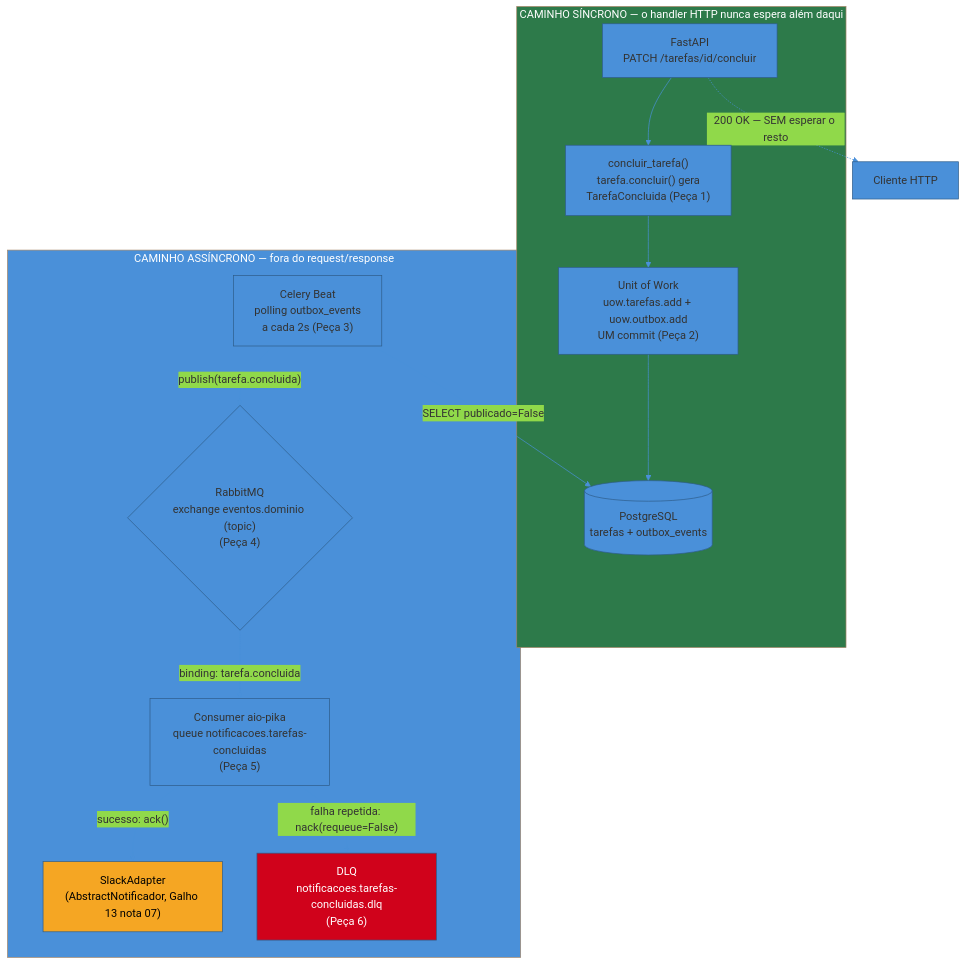
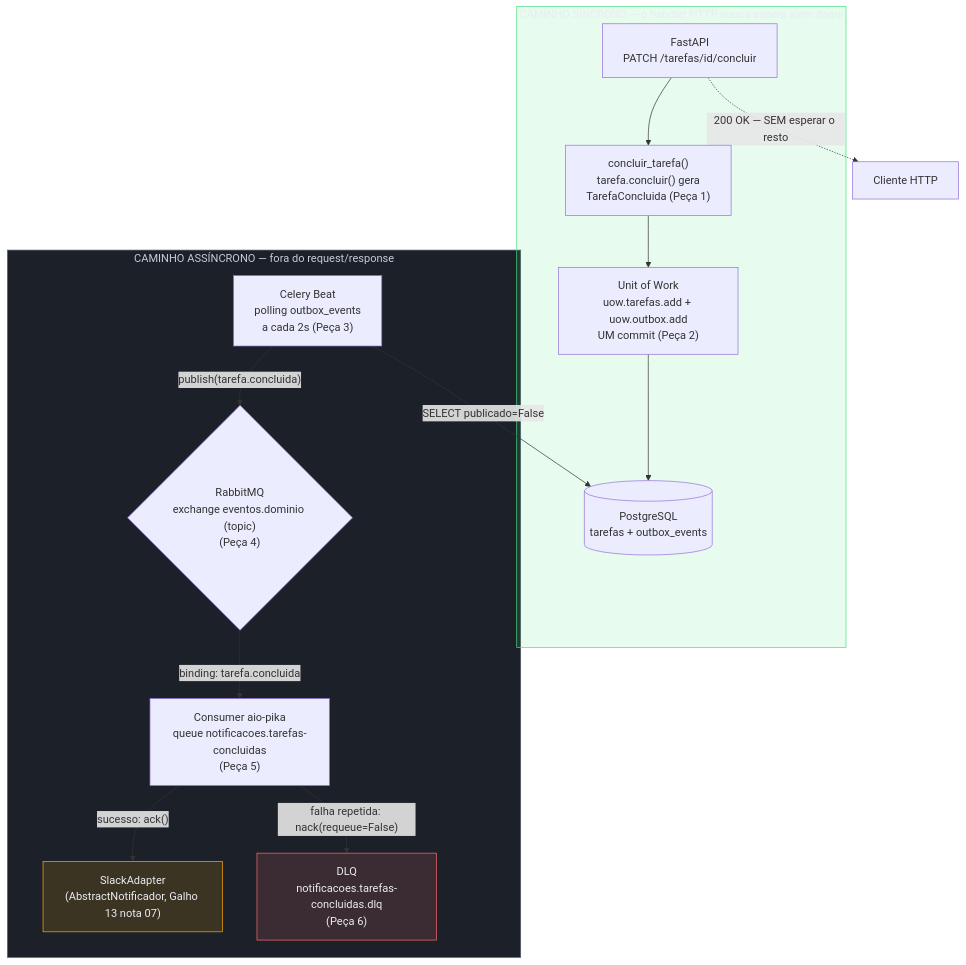
The third of 3 diagrams in 03-Dominios/Tecnologia/Python/Mensageria/08 - Capstone — processamento assíncrono na API de Tarefas.md (josenaldo/codex-technomanticus), drawn with Mermaid before and after one commit. The commit also changed other lines of this file and 1181 other files, not shown here.

First line of the commit message:
fix(diagramas): paleta do sistema no lugar de cor cravada no markdown

````diff
--- a/03-Dominios/Tecnologia/Python/Mensageria/08 - Capstone — processamento assíncrono na API de Tarefas.md
+++ b/03-Dominios/Tecnologia/Python/Mensageria/08 - Capstone — processamento assíncrono na API de Tarefas.md
@@ -486,32 +487,35 @@
 ```mermaid
-%%{init: {"theme": "base", "themeVariables": {"primaryColor": "#4A90D9", "primaryBorderColor": "#2E5C8A", "lineColor": "#4A90D9"}}}%%
 flowchart TB
+    classDef ok fill:#4ADE8021,stroke:#4ADE80,color:#E9ECF2
+    classDef neutro fill:#1B2029,stroke:#4E5666,color:#C6CCD8
+    classDef falha fill:#FF6B6B24,stroke:#FF6B6B,color:#E9ECF2
+    classDef destaque fill:#FFAA0024,stroke:#FFAA00,color:#E9ECF2
     subgraph Sincrono["CAMINHO SÍNCRONO — o handler HTTP nunca espera além daqui"]
         HTTP["FastAPI\nPATCH /tarefas/id/concluir"]
         SVC["concluir_tarefa()\ntarefa.concluir() gera\nTarefaConcluida (Peça 1)"]
         UOW["Unit of Work\nuow.tarefas.add + uow.outbox.add\nUM commit (Peça 2)"]
         DB[("PostgreSQL\ntarefas + outbox_events")]
     end
 
     subgraph Assincrono["CAMINHO ASSÍNCRONO — fora do request/response"]
         BEAT["Celery Beat\npolling outbox_events\na cada 2s (Peça 3)"]
         MQ{"RabbitMQ\nexchange eventos.dominio (topic)\n(Peça 4)"}
         CONSUMER["Consumer aio-pika\nqueue notificacoes.tarefas-concluidas\n(Peça 5)"]
         SLACK_ADAPTER["SlackAdapter\n(AbstractNotificador, Galho 13 nota 07)"]
         DLQ["DLQ\nnotificacoes.tarefas-concluidas.dlq\n(Peça 6)"]
     end
 
     HTTP --> SVC --> UOW --> DB
     HTTP -.->|"200 OK — SEM esperar o resto"| Cliente["Cliente HTTP"]
 
     BEAT -->|"SELECT publicado=False"| DB
     BEAT -->|"publish(tarefa.concluida)"| MQ
     MQ -->|"binding: tarefa.concluida"| CONSUMER
     CONSUMER -->|"sucesso: ack()"| SLACK_ADAPTER
     CONSUMER -->|"falha repetida: nack(requeue=False)"| DLQ
 
-    style Sincrono fill:#2d7a4a,color:#fff
-    style Assincrono fill:#4A90D9,color:#fff
-    style DLQ fill:#D0021B,color:#fff
-    style SLACK_ADAPTER fill:#F5A623,color:#000
+    class Sincrono ok
+    class Assincrono neutro
+    class DLQ falha
+    class SLACK_ADAPTER destaque
 ```
````
